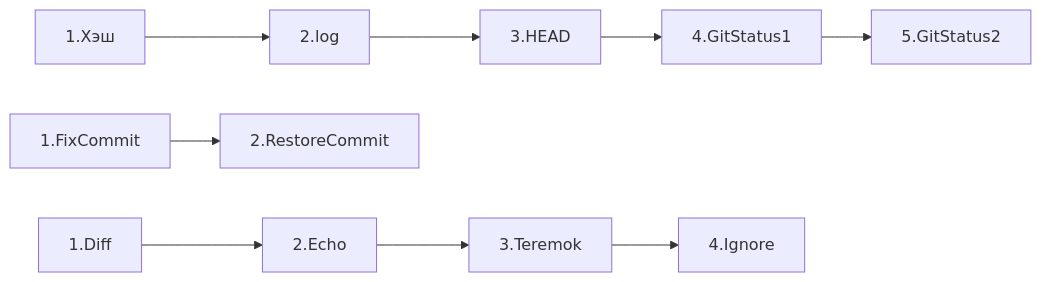
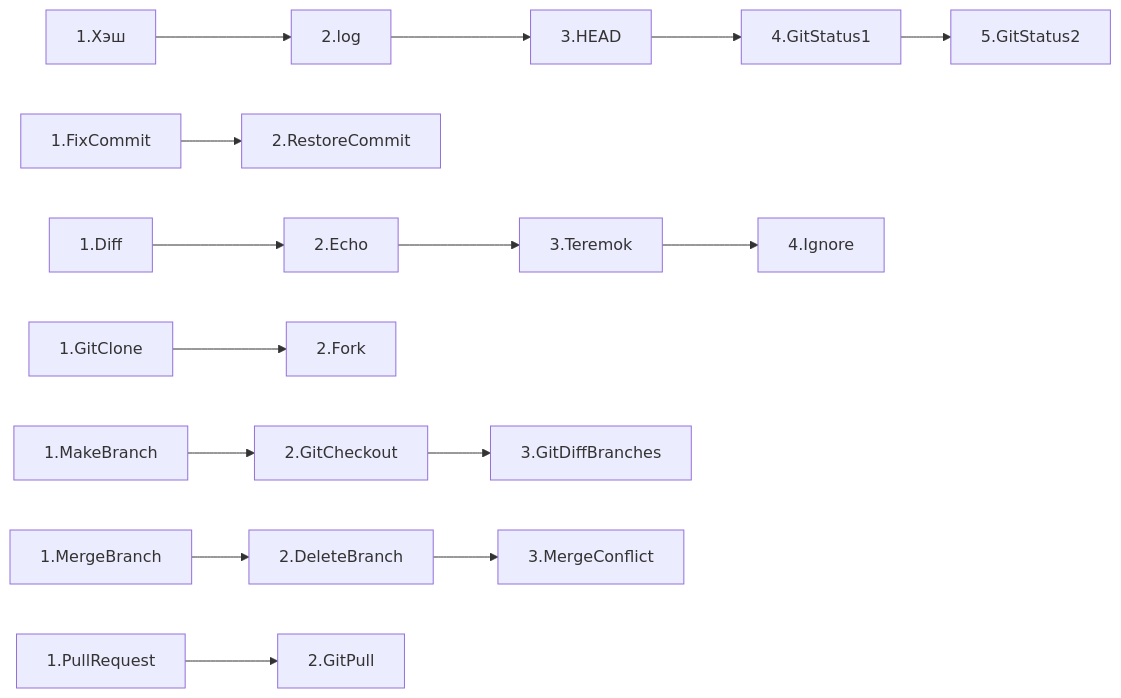
The first of 2 diagrams in README.md (StRavenwing/first-project), drawn with Mermaid before and after one commit. The commit also changed other lines of this file, not shown here.

````diff
--- a/README.md
+++ b/README.md
@@ -29,8 +33,13 @@
 ``` mermaid 
 graph LR;
 
 %% Пройденные уроки
 1.Хэш --> 2.log --> 3.HEAD --> 4.GitStatus1 --> 5.GitStatus2
 1.FixCommit --> 2.RestoreCommit
 1.Diff --> 2.Echo --> 3.Teremok --> 4.Ignore
+1.GitClone --> 2.Fork
+1.MakeBranch --> 2.GitCheckout --> 3.GitDiffBranches
+1.MergeBranch --> 2.DeleteBranch --> 3.MergeConflict
+1.PullRequest --> 2.GitPull
+
 ```
````
